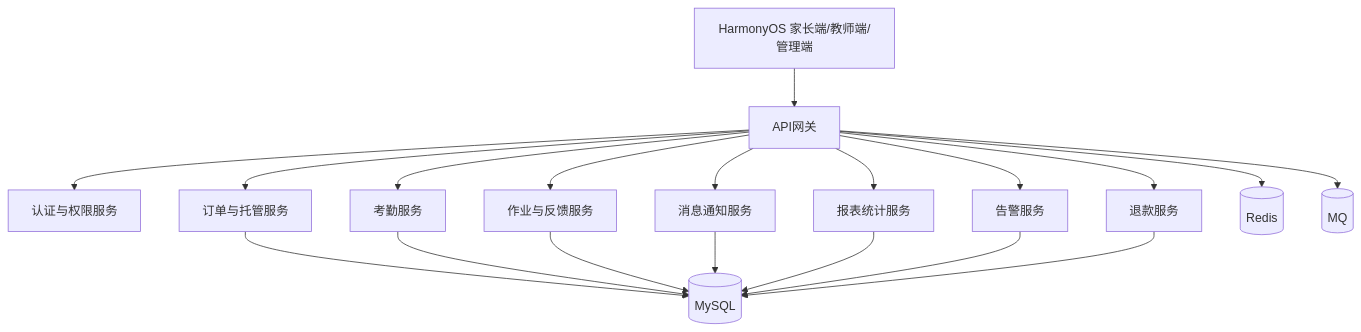
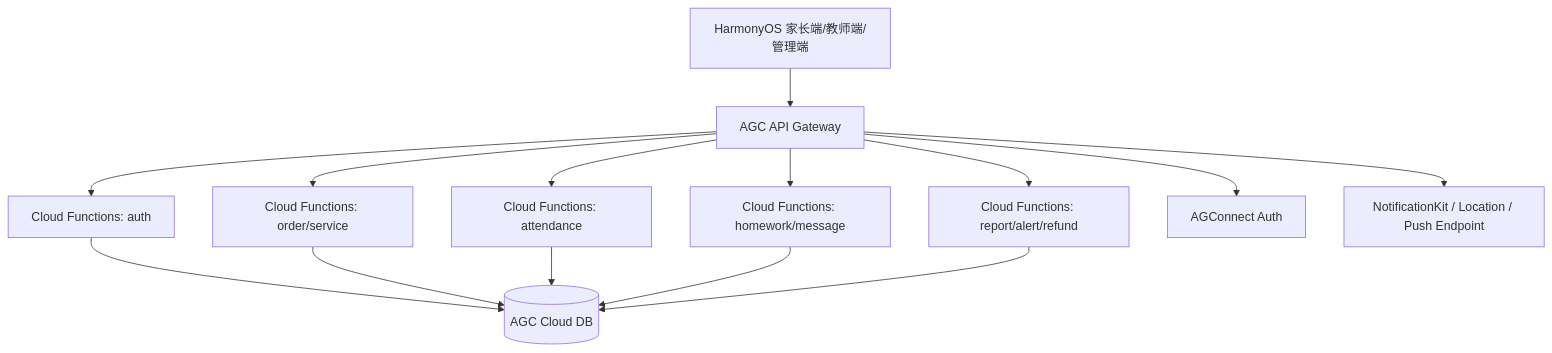
Before and after one commit to 2951461586/SmartGuardian: the fourth of 6 diagrams in docs/04-图册与可视化/Mermaid图册.md, drawn with Mermaid. The commit also changed other lines of this file and 152 other files, not shown here.

Commit message:
chore: retire mock and productize agc flow

````diff
--- a/docs/04-图册与可视化/Mermaid图册.md
+++ b/docs/04-图册与可视化/Mermaid图册.md
@@ -72,21 +72,16 @@
 ```mermaid
 flowchart TB
-A[HarmonyOS 家长端/教师端/管理端] --> B[API网关]
-B --> C[认证与权限服务]
-B --> D[订单与托管服务]
-B --> E[考勤服务]
-B --> F[作业与反馈服务]
-B --> G[消息通知服务]
-B --> H[报表统计服务]
-B --> L[告警服务]
-B --> M[退款服务]
-D --> I[(MySQL)]
+A[HarmonyOS 家长端/教师端/管理端] --> B[AGC API Gateway]
+B --> C[Cloud Functions: auth]
+B --> D[Cloud Functions: order/service]
+B --> E[Cloud Functions: attendance]
+B --> F[Cloud Functions: homework/message]
+B --> G[Cloud Functions: report/alert/refund]
+C --> I[(AGC Cloud DB)]
+D --> I
 E --> I
 F --> I
 G --> I
-H --> I
-L --> I
-M --> I
-B --> J[(Redis)]
-B --> K[(MQ)]
+B --> J[AGConnect Auth]
+B --> K[NotificationKit / Location / Push Endpoint]
 ```
````
